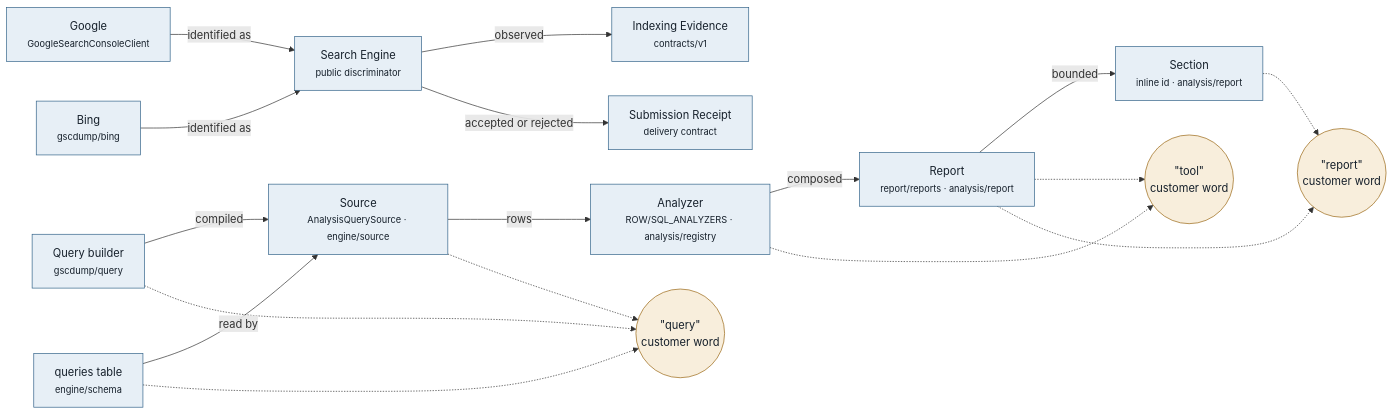
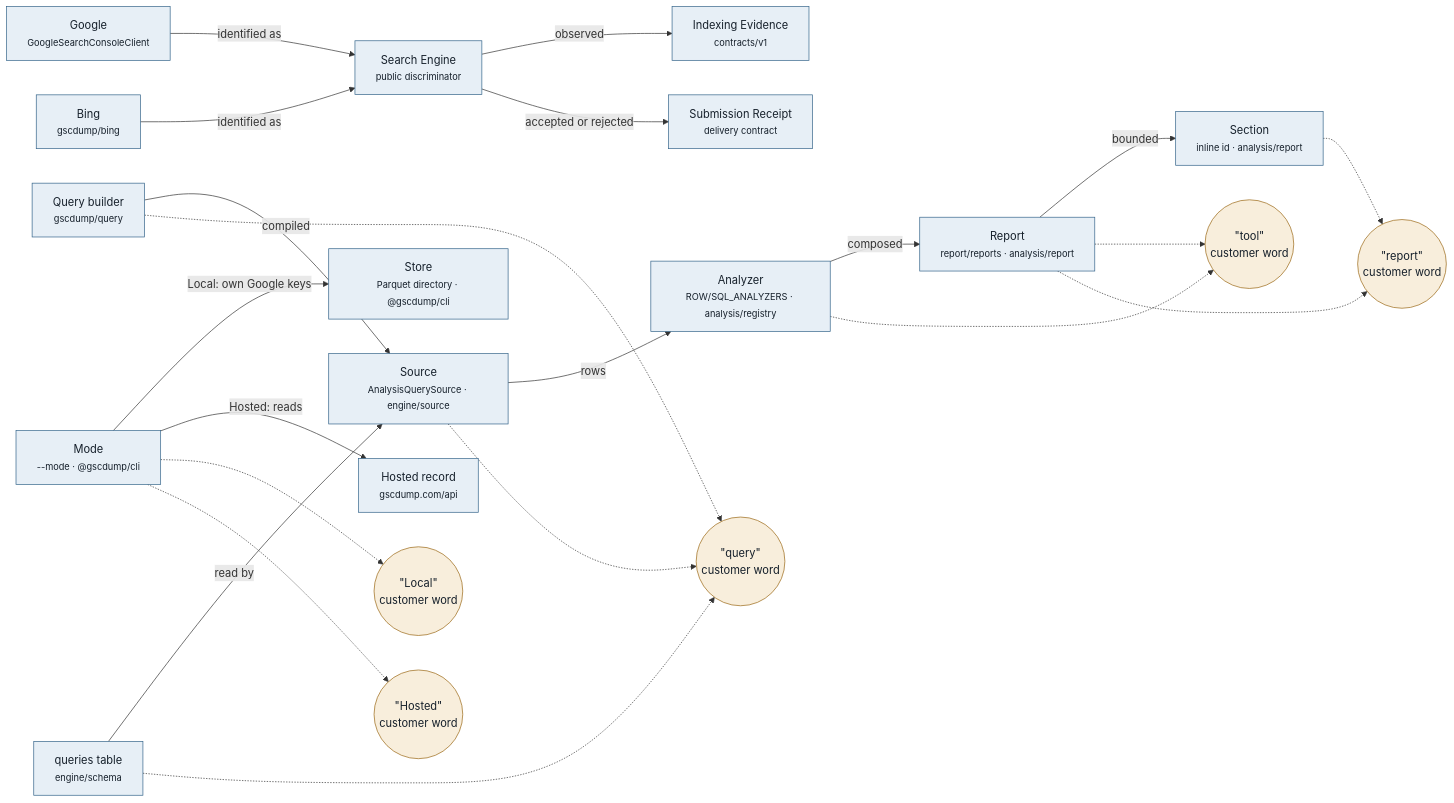
Before and after one commit to harlan-zw/gscdump: the diagram in GLOSSARY.md, drawn with Mermaid. The commit also changed other lines of this file, not shown here.

First line of the commit message:
docs(glossary): add Local and Hosted modes

````diff
--- a/GLOSSARY.md
+++ b/GLOSSARY.md
@@ -9,41 +9,50 @@
 ```mermaid
 flowchart LR
   SRC[Source<br/><small>AnalysisQuerySource · engine/source</small>]
   AN[Analyzer<br/><small>ROW/SQL_ANALYZERS · analysis/registry</small>]
   RP[Report<br/><small>report/reports · analysis/report</small>]
   SE[Section<br/><small>inline id · analysis/report</small>]
   QB[Query builder<br/><small>gscdump/query</small>]
   QT[queries table<br/><small>engine/schema</small>]
   GO[Google<br/><small>GoogleSearchConsoleClient</small>]
   BI[Bing<br/><small>gscdump/bing</small>]
   SEN[Search Engine<br/><small>public discriminator</small>]
   IE[Indexing Evidence<br/><small>contracts/v1</small>]
   SR[Submission Receipt<br/><small>delivery contract</small>]
+  MD[Mode<br/><small>--mode · @gscdump/cli</small>]
+  STO[Store<br/><small>Parquet directory · @gscdump/cli</small>]
+  HR[Hosted record<br/><small>gscdump.com/api</small>]
 
   SRC -- rows --> AN
   AN -- composed --> RP
   RP -- bounded --> SE
   QB -- compiled --> SRC
   QT -- read by --> SRC
   GO -- identified as --> SEN
   BI -- identified as --> SEN
   SEN -- observed --> IE
   SEN -- accepted or rejected --> SR
+  MD -- "Local: own Google keys" --> STO
+  MD -- "Hosted: reads" --> HR
 
   TOOL(("&quot;tool&quot;<br/>customer word"))
   REP(("&quot;report&quot;<br/>customer word"))
   QRY(("&quot;query&quot;<br/>customer word"))
+  LOC(("&quot;Local&quot;<br/>customer word"))
+  HOS(("&quot;Hosted&quot;<br/>customer word"))
 
   AN -.-> TOOL
   RP -.-> TOOL
   RP -.-> REP
   SE -.-> REP
   QB -.-> QRY
   QT -.-> QRY
   SRC -.-> QRY
+  MD -.-> LOC
+  MD -.-> HOS
 
   classDef internal fill:#E7EFF6,stroke:#34648A,color:#16202B;
   classDef customer fill:#F8EEDC,stroke:#9A6714,color:#16202B;
-  class SRC,AN,RP,SE,QB,QT,GO,BI,SEN,IE,SR internal
-  class TOOL,REP,QRY customer
+  class SRC,AN,RP,SE,QB,QT,GO,BI,SEN,IE,SR,MD,STO,HR internal
+  class TOOL,REP,QRY,LOC,HOS customer
 ```
````
